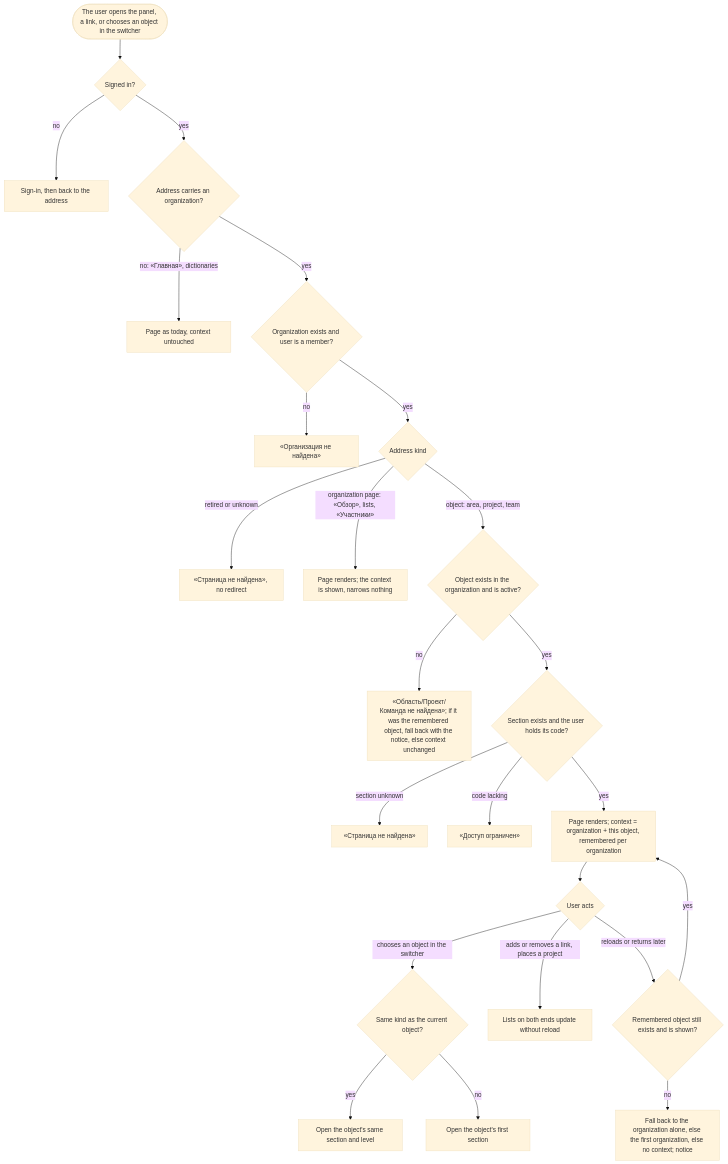
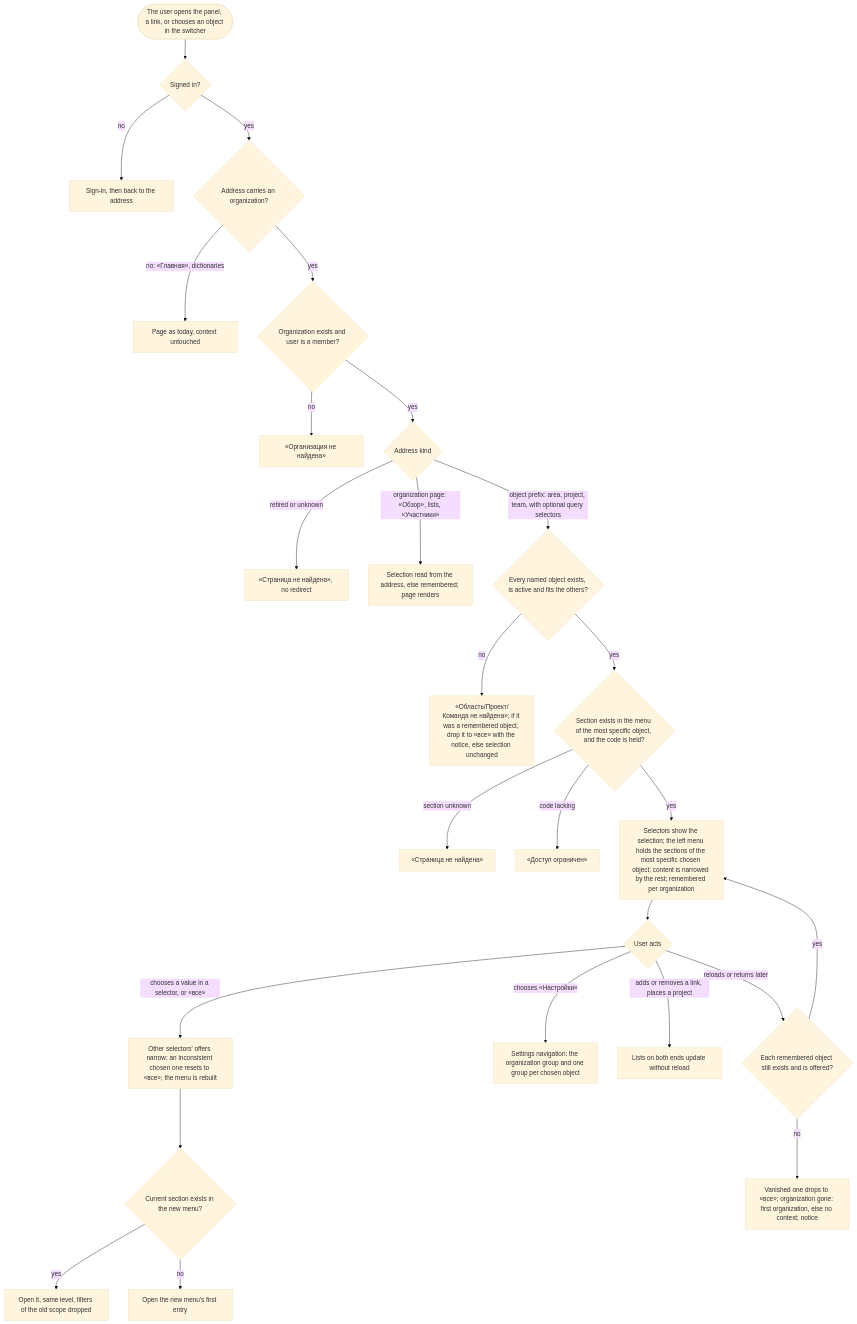
One commit to totKtoXam/mustask changed the diagram in docs/features/feat-043-area-project-team-navigation/spec.md. Above: the diagram before and after it, drawn with Mermaid (base theme). The commit also changed other lines of this file and 8 other files, not shown here.

````diff
--- a/docs/features/feat-043-area-project-team-navigation/spec.md
+++ b/docs/features/feat-043-area-project-team-navigation/spec.md
@@ -37,26 +37,28 @@
 ```mermaid
 flowchart TD
     S([The user opens the panel, a link, or chooses an object in the switcher]) --> A{Signed in?}
     A -->|no| A1[Sign-in, then back to the address]
     A -->|yes| N{Address carries an organization?}
     N -->|no: «Главная», dictionaries| Kd[Page as today, context untouched]
     N -->|yes| O{Organization exists and user is a member?}
     O -->|no| Ox[«Организация не найдена»]
     O -->|yes| K{Address kind}
     K -->|retired or unknown| Kx[«Страница не найдена», no redirect]
-    K -->|organization page: «Обзор», lists, «Участники»| Kp[Page renders; the context is shown, narrows nothing]
-    K -->|object: area, project, team| J{Object exists in the organization and is active?}
-    J -->|no| Jx[«Область/Проект/Команда не найдена»; if it was the remembered object, fall back with the notice, else context unchanged]
-    J -->|yes| C{Section exists and the user holds its code?}
+    K -->|organization page: «Обзор», lists, «Участники»| Kp[Selection read from the address, else remembered; page renders]
+    K -->|object prefix: area, project, team, with optional query selectors| J{Every named object exists, is active and fits the others?}
+    J -->|no| Jx[«Область/Проект/Команда не найдена»; if it was a remembered object, drop it to «все» with the notice, else selection unchanged]
+    J -->|yes| C{Section exists in the menu of the most specific object, and the code is held?}
     C -->|section unknown| Cx[«Страница не найдена»]
     C -->|code lacking| Cd[«Доступ ограничен»]
-    C -->|yes| P[Page renders; context = organization + this object, remembered per organization]
+    C -->|yes| P[Selectors show the selection; the left menu holds the sections of the most specific chosen object; content is narrowed by the rest; remembered per organization]
     P --> M{User acts}
-    M -->|chooses an object in the switcher| SW{Same kind as the current object?}
-    SW -->|yes| SW1[Open the object's same section and level]
-    SW -->|no| SW2[Open the object's first section]
+    M -->|chooses a value in a selector, or «все»| SW[Other selectors' offers narrow; an inconsistent chosen one resets to «все»; the menu is rebuilt]
+    SW --> SW1{Current section exists in the new menu?}
+    SW1 -->|yes| SW2[Open it, same level, filters of the old scope dropped]
+    SW1 -->|no| SW3[Open the new menu's first entry]
+    M -->|chooses «Настройки»| ST[Settings navigation: the organization group and one group per chosen object]
     M -->|adds or removes a link, places a project| LK[Lists on both ends update without reload]
-    M -->|reloads or returns later| R{Remembered object still exists and is shown?}
+    M -->|reloads or returns later| R{Each remembered object still exists and is offered?}
     R -->|yes| P
-    R -->|no| Rf[Fall back to the organization alone, else the first organization, else no context; notice]
+    R -->|no| Rf[Vanished one drops to «все»; organization gone: first organization, else no context; notice]
 ```
````
